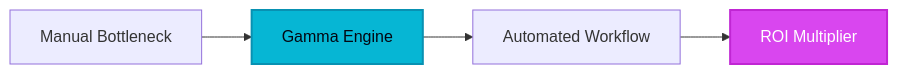
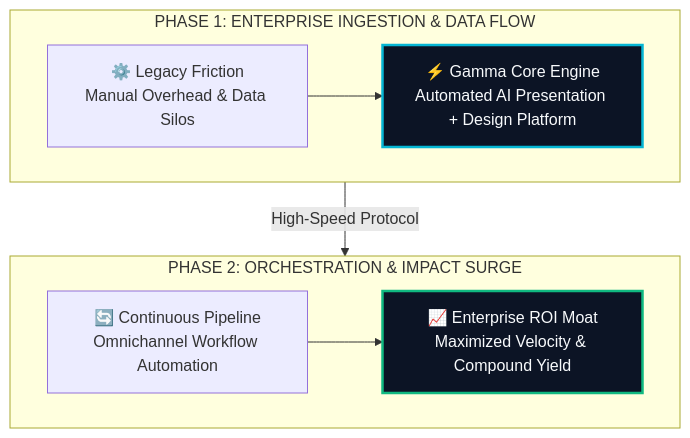
One commit to heliatech-media/saas-radar changed the diagram in site/src/content/blog/gamma-app-evolution-guide-2026.md. Above: the diagram before and after it, drawn with Mermaid. The commit also changed 97 other files, not shown here.

First line of the commit message:
feat(diagrams): upgrade all article architecture schemas to high-impact 2-tier responsive vector blueprints

````diff
--- a/site/src/content/blog/gamma-app-evolution-guide-2026.md
+++ b/site/src/content/blog/gamma-app-evolution-guide-2026.md
@@ -51,8 +51,14 @@
 ```mermaid
-flowchart LR
-    A[Manual Bottleneck] --> B[Gamma Engine]
-    B --> C[Automated Workflow]
-    C --> D[ROI Multiplier]
-    style B fill:#06b6d4,stroke:#0891b2,stroke-width:2px,color:#030712
-    style D fill:#d946ef,stroke:#c026d3,stroke-width:2px,color:#ffffff
+flowchart TD
+    subgraph S1["PHASE 1: ENTERPRISE INGESTION & DATA FLOW"]
+        direction LR
+        A["⚙️ Legacy Friction<br/>Manual Overhead & Data Silos"] --> B["⚡ Gamma Core Engine<br/>Automated AI Presentation + Design Platform"]
+    end
+    subgraph S2["PHASE 2: ORCHESTRATION & IMPACT SURGE"]
+        direction LR
+        C["🔄 Continuous Pipeline<br/>Omnichannel Workflow Automation"] --> D["📈 Enterprise ROI Moat<br/>Maximized Velocity & Compound Yield"]
+    end
+    S1 -->|High-Speed Protocol| S2
+    style B fill:#0c1425,stroke:#06b6d4,stroke-width:2.5px,color:#f8fafc
+    style D fill:#0c1425,stroke:#10b981,stroke-width:2.5px,color:#f8fafc
 ```
````
